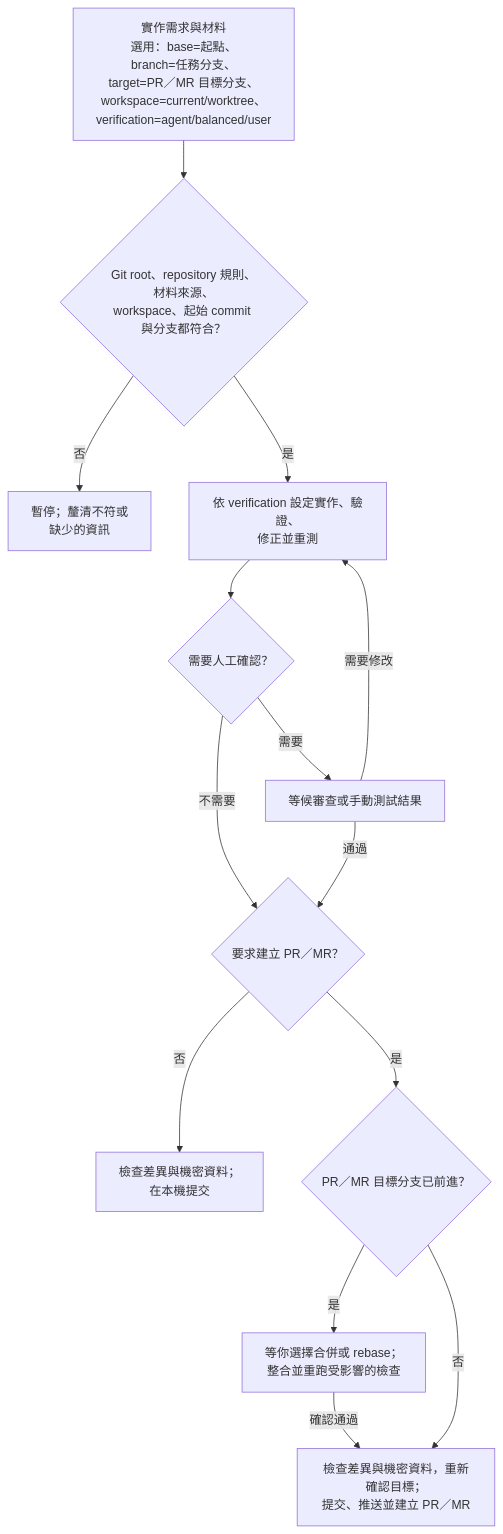
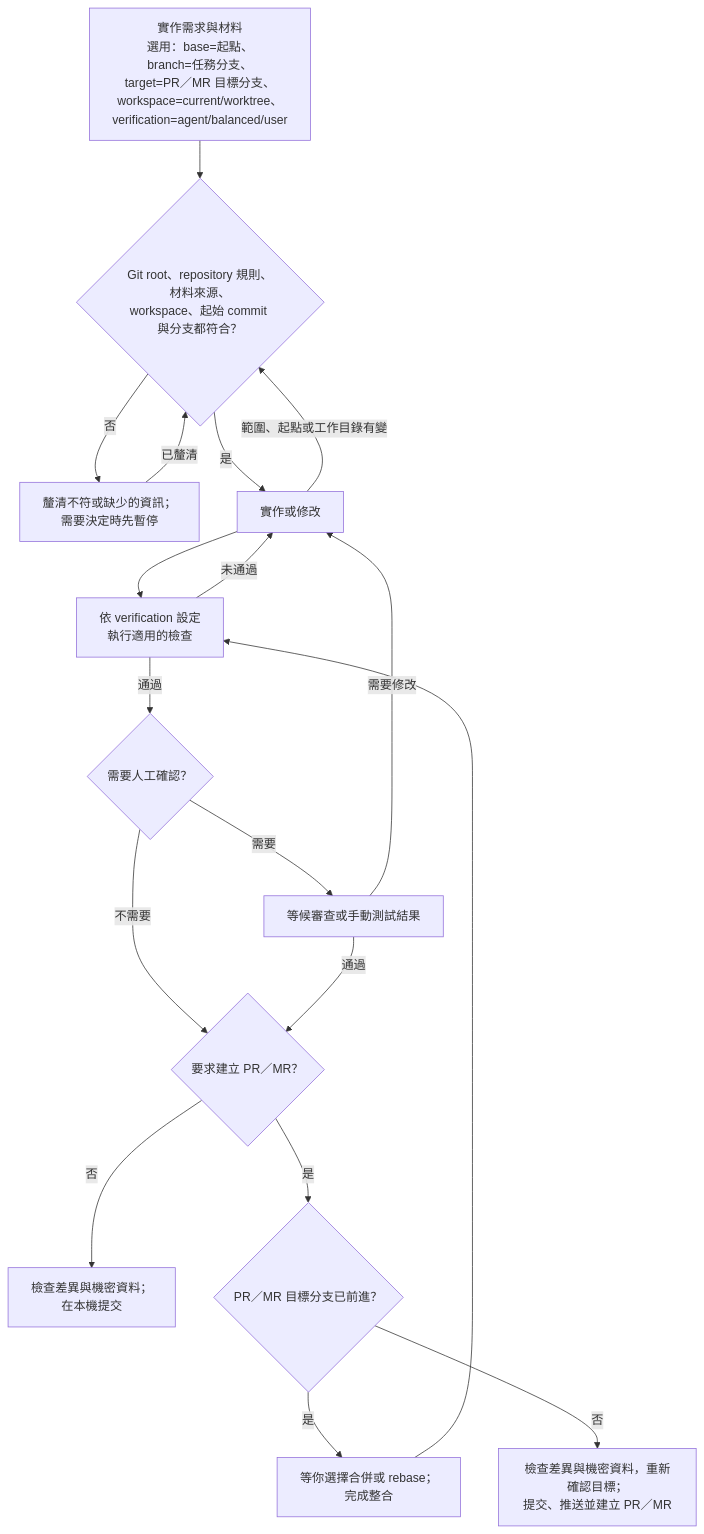
Before and after one commit to sherrilla71940/dotfiles: the diagram in docs/run-task-end-to-end.zh-TW.md, drawn with Mermaid. The commit also changed other lines of this file and 1 other file, not shown here.

Commit message:
docs(workflow): show iterative task paths

````diff
--- a/docs/run-task-end-to-end.zh-TW.md
+++ b/docs/run-task-end-to-end.zh-TW.md
@@ -27,16 +27,20 @@
 ```mermaid
 flowchart TB
     request["實作需求與材料<br/>選用：base=起點、<br/>branch=任務分支、<br/>target=PR／MR 目標分支、<br/>workspace=current/worktree、<br/>verification=agent/balanced/user"] --> ready{"Git root、repository 規則、材料來源、<br/>workspace、起始 commit 與分支都符合？"}
-    ready -->|否| stop["暫停；釐清不符或<br/>缺少的資訊"]
-    ready -->|是| work["依 verification 設定實作、驗證、<br/>修正並重測"]
-    work --> gate{"需要人工確認？"}
+    ready -->|否| resolve["釐清不符或缺少的資訊；<br/>需要決定時先暫停"]
+    resolve -->|已釐清| ready
+    ready -->|是| work["實作或修改"]
+    work --> verify["依 verification 設定<br/>執行適用的檢查"]
+    work -->|範圍、起點或工作目錄有變| ready
+    verify -->|未通過| work
+    verify -->|通過| gate{"需要人工確認？"}
     gate -->|需要| review["等候審查或手動測試結果"]
     gate -->|不需要| delivery{"要求建立 PR／MR？"}
     review -->|通過| delivery
     review -->|需要修改| work
     delivery -->|否| local["檢查差異與機密資料；<br/>在本機提交"]
     delivery -->|是| freshness{"PR／MR 目標分支已前進？"}
-    freshness -->|是| integrate["等你選擇合併或 rebase；<br/>整合並重跑受影響的檢查"]
-    integrate -->|確認通過| publish["檢查差異與機密資料，重新確認目標；<br/>提交、推送並建立 PR／MR"]
-    freshness -->|否| publish
+    freshness -->|是| integrate["等你選擇合併或 rebase；<br/>完成整合"]
+    integrate --> verify
+    freshness -->|否| publish["檢查差異與機密資料，重新確認目標；<br/>提交、推送並建立 PR／MR"]
 ```
````
